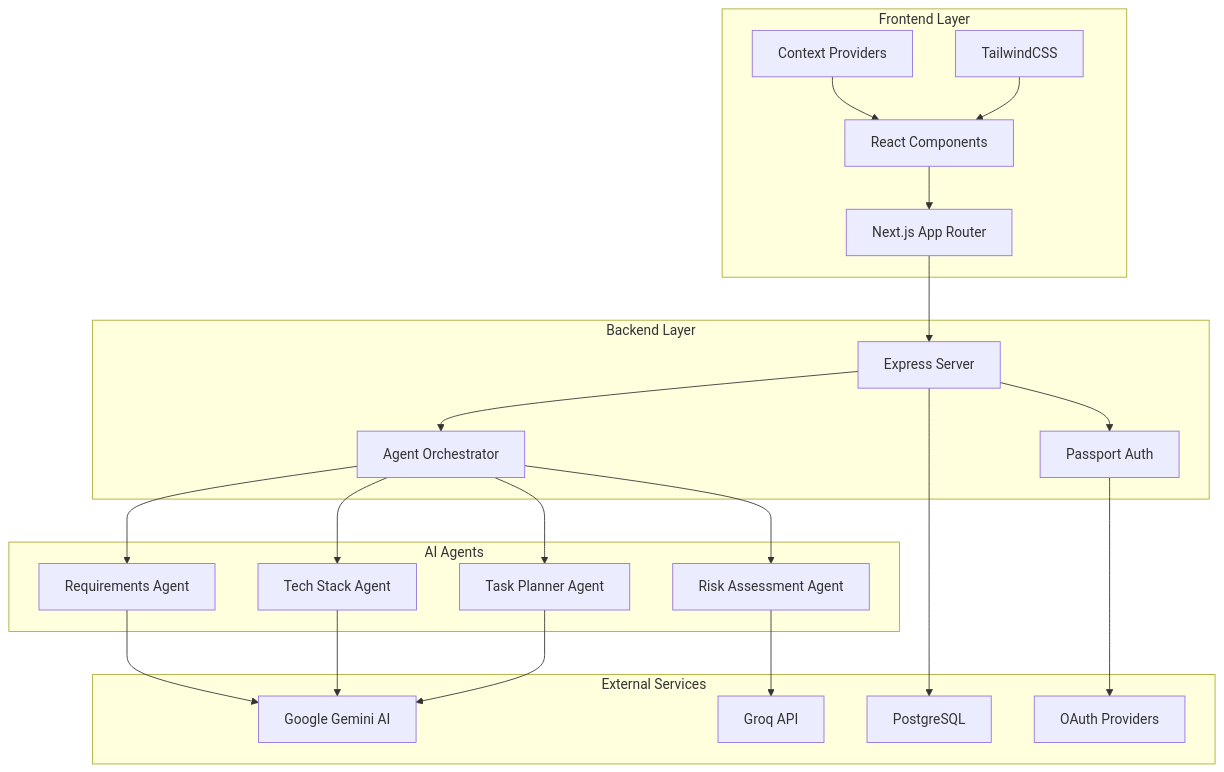
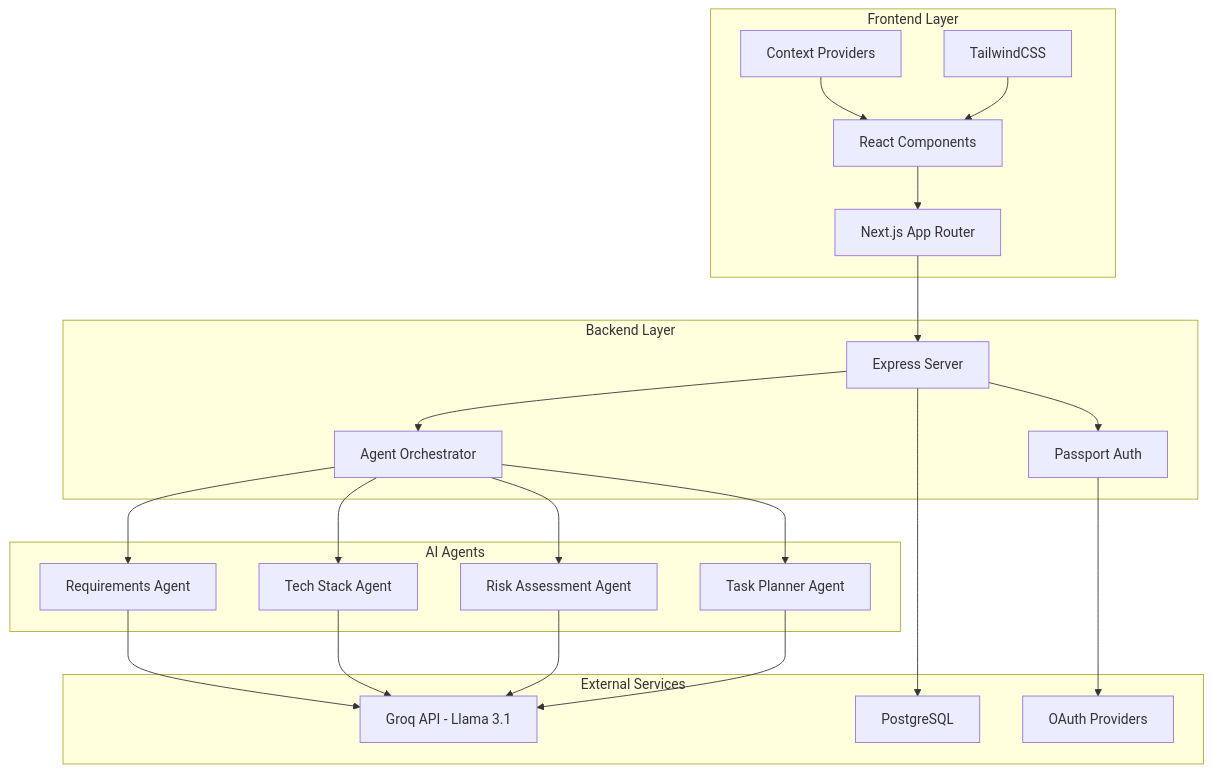
Before and after one commit to Arnav10090/autopilot-ai: the second of 2 diagrams in README.md, drawn with Mermaid. The commit also changed other lines of this file, not shown here.

````diff
--- a/README.md
+++ b/README.md
@@ -392,46 +392,45 @@
 ```mermaid
 graph TB
     subgraph "Frontend Layer"
         A[Next.js App Router]
         B[React Components]
         C[Context Providers]
         D[TailwindCSS]
     end
     
     subgraph "Backend Layer"
         E[Express Server]
         F[Passport Auth]
         G[Agent Orchestrator]
     end
     
     subgraph "AI Agents"
         H[Requirements Agent]
         I[Tech Stack Agent]
         J[Risk Assessment Agent]
         K[Task Planner Agent]
     end
     
     subgraph "External Services"
-        L[Google Gemini AI]
-        M[Groq API]
+        L[Groq API - Llama 3.1]
         N[PostgreSQL]
         O[OAuth Providers]
     end
     
     A --> E
     B --> A
     C --> B
     D --> B
     E --> F
     E --> G
     G --> H
     G --> I
     G --> J
     G --> K
     H --> L
     I --> L
-    J --> M
+    J --> L
     K --> L
     F --> O
     E --> N
 ```
````
